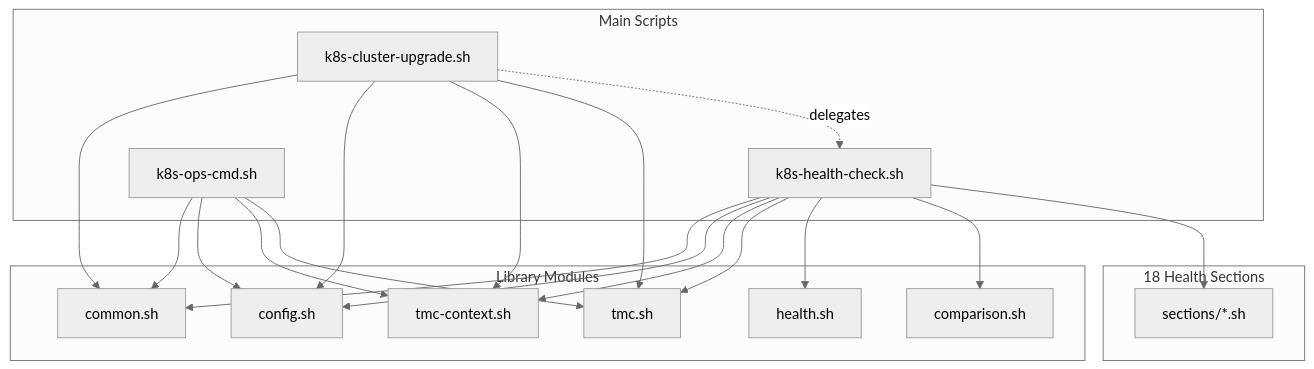
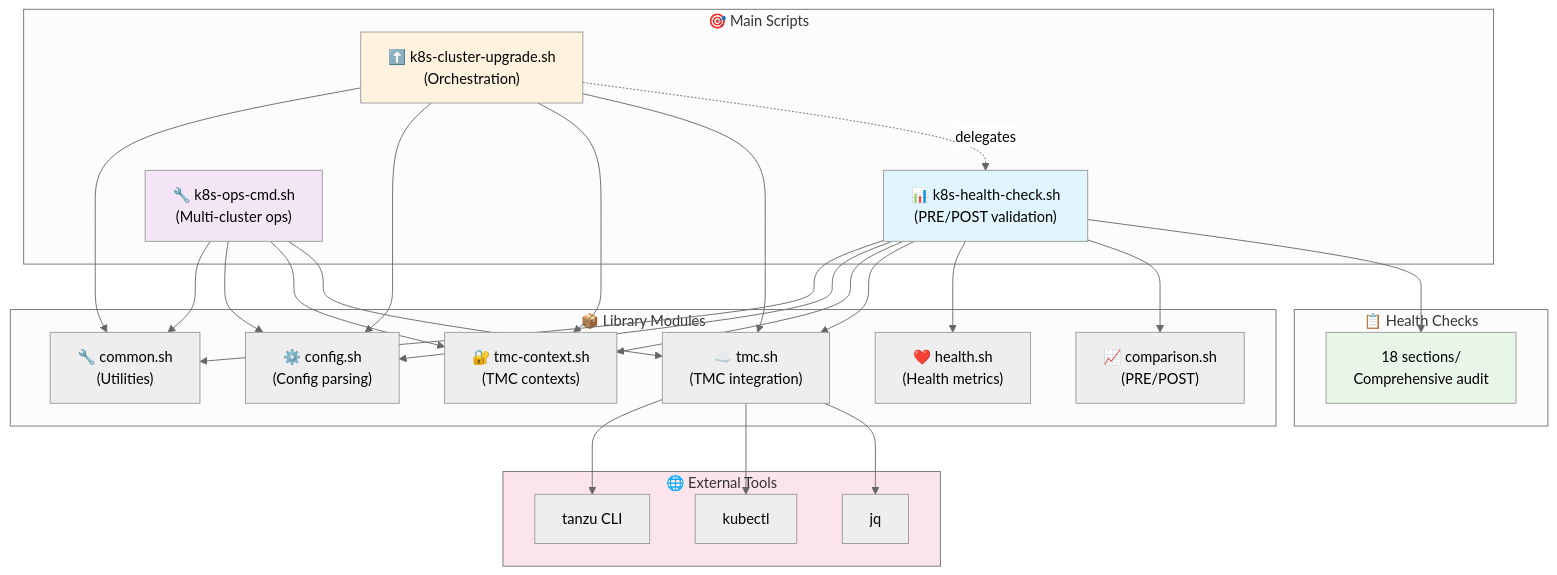
The first of 2 diagrams in README.md (iamamajumder/k8s-health-ops-toolkit-using-vsphere-login), drawn with Mermaid (neutral theme) before and after one commit. The commit also changed other lines of this file, not shown here.

Commit message:
update the diagram

````diff
--- a/README.md
+++ b/README.md
@@ -205,24 +197,40 @@
 ```mermaid
 graph TB
-    subgraph SCRIPTS["Main Scripts"]
-        HC[k8s-health-check.sh]
-        CU[k8s-cluster-upgrade.sh]
-        OC[k8s-ops-cmd.sh]
+    subgraph SCRIPTS["🎯 Main Scripts"]
+        HC["📊 k8s-health-check.sh<br/>(PRE/POST validation)"]
+        CU["⬆️ k8s-cluster-upgrade.sh<br/>(Orchestration)"]
+        OC["🔧 k8s-ops-cmd.sh<br/>(Multi-cluster ops)"]
     end
-    subgraph LIB["Library Modules"]
-        L1[common.sh]
-        L2[config.sh]
-        L3[tmc-context.sh]
-        L4[tmc.sh]
-        L5[health.sh]
-        L6[comparison.sh]
+
+    subgraph LIB["📦 Library Modules"]
+        L1["🔧 common.sh<br/>(Utilities)"]
+        L2["⚙️ config.sh<br/>(Config parsing)"]
+        L3["🔐 tmc-context.sh<br/>(TMC contexts)"]
+        L4["☁️ tmc.sh<br/>(TMC integration)"]
+        L5["❤️ health.sh<br/>(Health metrics)"]
+        L6["📈 comparison.sh<br/>(PRE/POST)"]
     end
-    subgraph SECTIONS["18 Health Sections"]
-        S[sections/*.sh]
+
+    subgraph SECTIONS["📋 Health Checks"]
+        S["18 sections/<br/>Comprehensive audit"]
     end
+
+    subgraph EXT["🌐 External Tools"]
+        E1["tanzu CLI"]
+        E2["kubectl"]
+        E3["jq"]
+    end
+
     HC --> L1 & L2 & L3 & L4 & L5 & L6
     HC --> S
     CU --> L1 & L2 & L3 & L4
     CU -.->|delegates| HC
     OC --> L1 & L2 & L3 & L4
+    L4 --> E1 & E2 & E3
+
+    style HC fill:#e1f5ff
+    style CU fill:#fff3e0
+    style OC fill:#f3e5f5
+    style S fill:#e8f5e9
+    style EXT fill:#fce4ec
 ```
````
